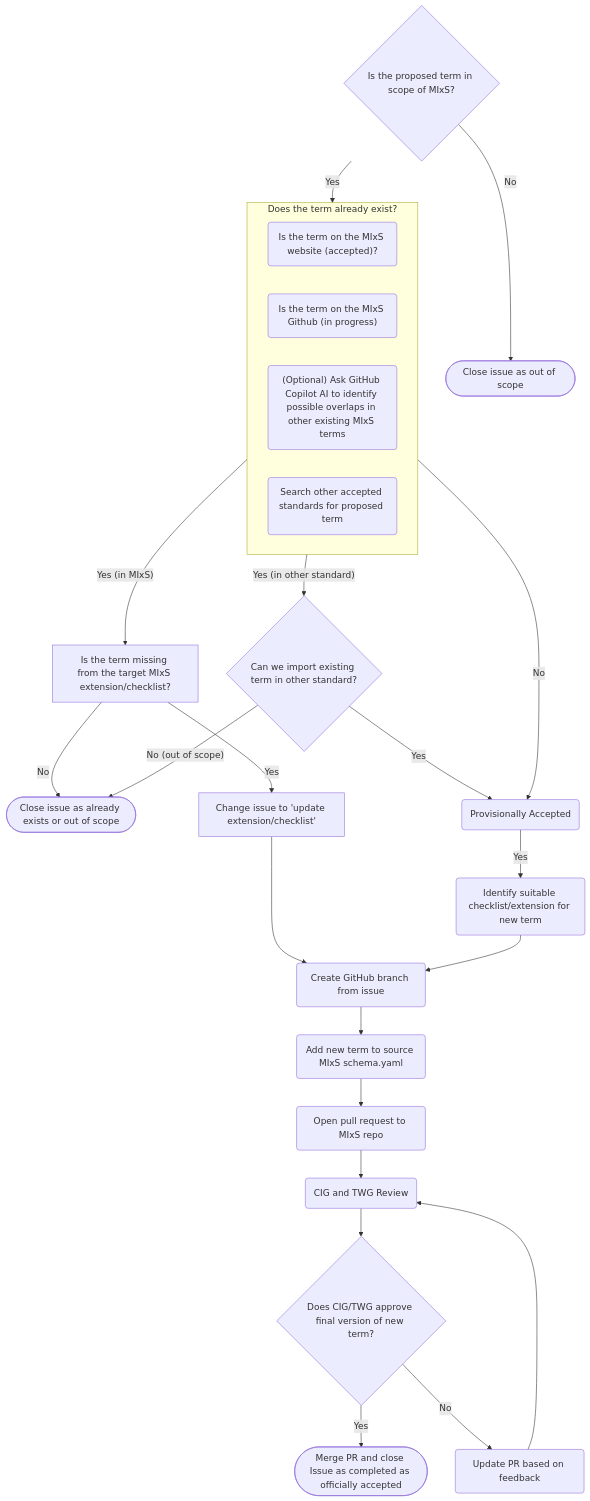
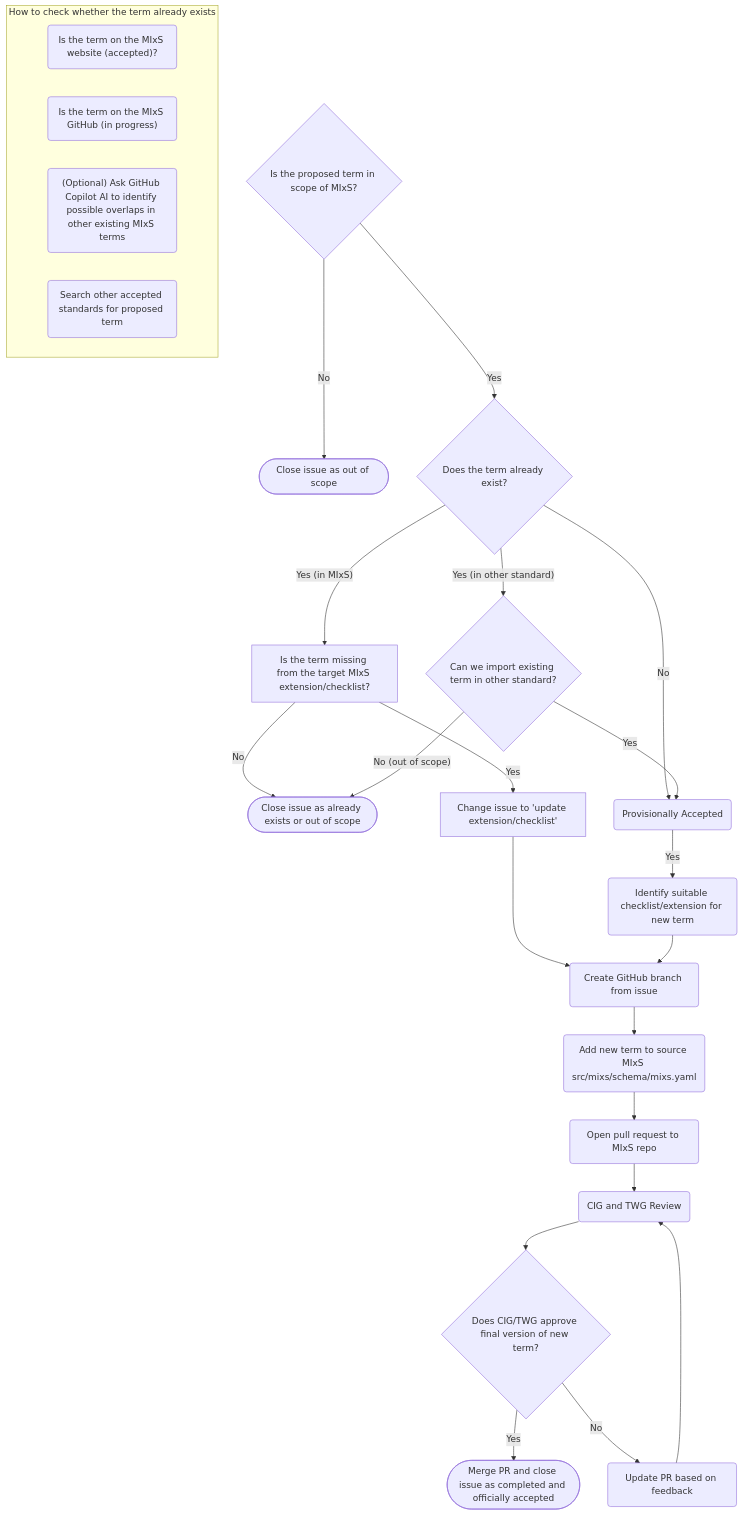
The diagram in contrib/docs/new_or_revisit_term_process.md (GenomicsStandardsConsortium/mixs), drawn with Mermaid before and after one commit. The commit also changed other lines of this file, not shown here.

Commit message:
Apply Copilot's fixes to the term process document
Wording and brand capitalisation, and the schema path now points at
src/mixs/schema/mixs.yaml rather than schema.yaml.

The Mermaid diagram used already_exists as both a decision node and a subgraph
identifier, which can break parsing. The subgraph is renamed to how_to_check.

````diff
--- a/contrib/docs/new_or_revisit_term_process.md
+++ b/contrib/docs/new_or_revisit_term_process.md
@@ -9,47 +9,47 @@
 ```mermaid
 graph TD;
 
     in_scope{Is the proposed term in scope of MIxS?} -- No --> close_issue_out_of_scope(["Close issue as out of scope"])
 
     in_scope -- Yes --> already_exists{Does the term already exist?}
 
     already_exists -- "Yes (in MIxS)" --> missing_from_extension["Is the term missing from the target MIxS extension/checklist?"] -- No --> close_issue_already_exists(["Close issue as already exists or out of scope"])
 
       missing_from_extension -- Yes --> change_issue_to_update_extension["Change issue to 'update extension/checklist'"]
 
    change_issue_to_update_extension --> create_branch
 
     already_exists -- "Yes (in other standard)" --> reuse_existing
 
     already_exists -- No --> accepted
 
-    subgraph already_exists[Does the term already exist?]
+    subgraph how_to_check[How to check whether the term already exists]
 
         search_gsc_website("Is the term on the MIxS website (accepted)?")
-        search_github("Is the term on the MIxS Github (in progress)")
+        search_github("Is the term on the MIxS GitHub (in progress)")
         ask_ai("(Optional) Ask GitHub Copilot AI to identify possible overlaps in other existing MIxS terms")
         check_other_standards("Search other accepted standards for proposed term")
     end
 
     reuse_existing{"Can we import existing term in other standard?"} -- Yes --> accepted
 
     reuse_existing -- "No (out of scope)" --> close_issue_already_exists
 
     accepted(Provisionally Accepted) -- Yes --> identify_suitable_checklist_extension("Identify suitable checklist/extension for new term") --> create_branch("Create GitHub branch from issue")
 
-    create_branch --> add_to_yaml("Add new term to source MIxS schema.yaml")
+    create_branch --> add_to_yaml("Add new term to source MIxS src/mixs/schema/mixs.yaml")
 
     add_to_yaml --> open_pull_request("Open pull request to MIxS repo")
 
     open_pull_request --> review("CIG and TWG Review")
 
     review --> final_review{Does CIG/TWG approve final version of new term?}
 
     final_review -- Yes --> merge_and_close
 
     final_review -- No --> update_pull_request(Update PR based on feedback)
 
     update_pull_request --> review
 
-    merge_and_close([Merge PR and close Issue as completed as officially accepted])
+    merge_and_close([Merge PR and close issue as completed and officially accepted])
 ```
````
